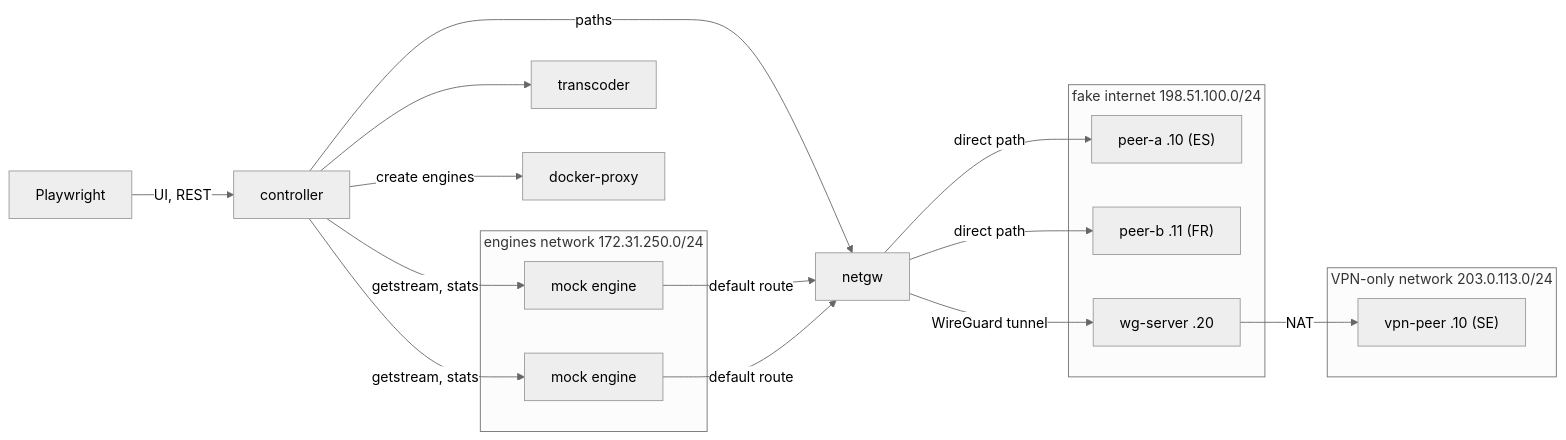
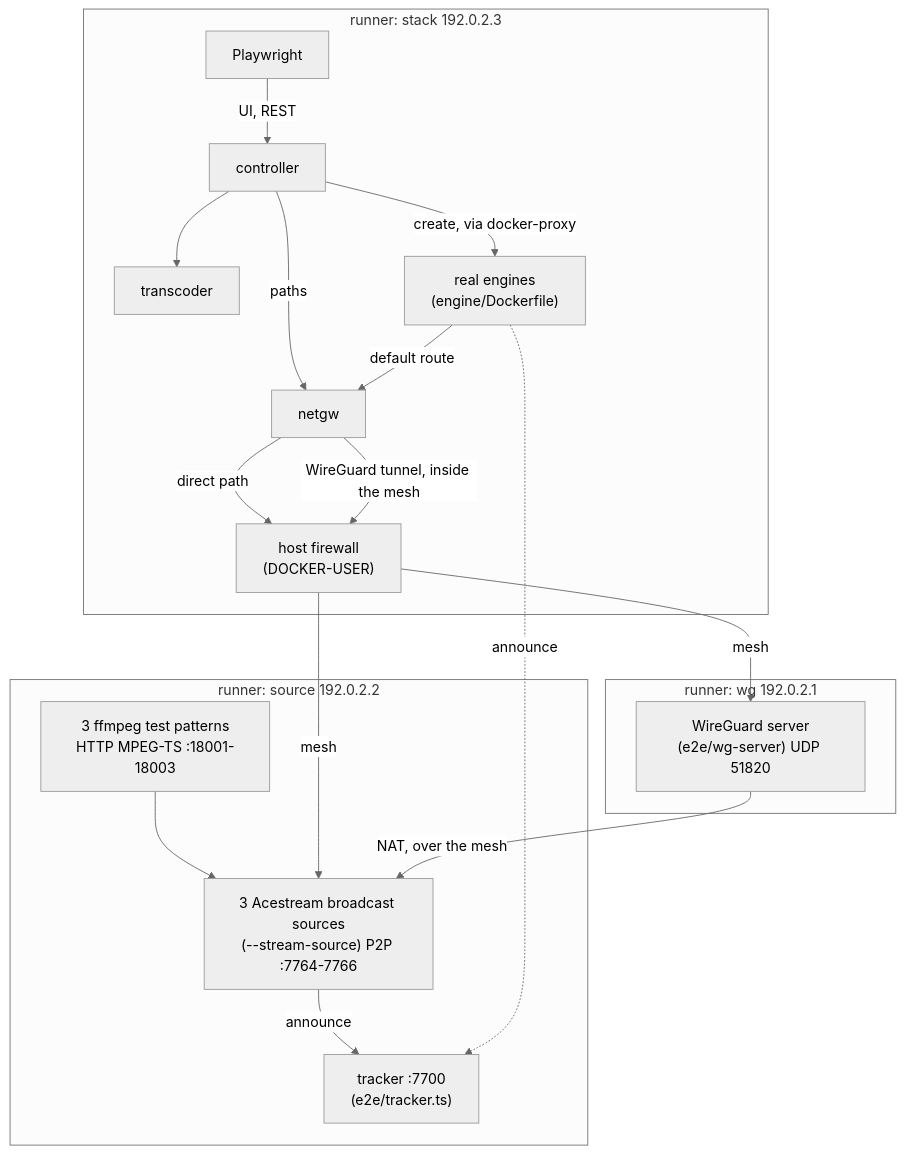
The first of 10 diagrams in e2e/README.md (sergimn/AceSwarm), drawn with Mermaid (neutral theme) before and after one commit. The commit also changed other lines of this file and 3 other files, not shown here.

First line of the commit message:
Describe the real-engine E2E suite in the docs

````diff
--- a/e2e/README.md
+++ b/e2e/README.md
@@ -18,24 +15,24 @@
 ```mermaid
-flowchart LR
-  PW[Playwright] -- UI, REST --> C[controller]
-  C --> T[transcoder]
-  C -- create engines --> P[docker-proxy]
-  C -- paths --> G[netgw]
-  subgraph engines["engines network 172.31.250.0/24"]
-    E1[mock engine]
-    E2[mock engine]
+flowchart TB
+  subgraph stack["runner: stack 192.0.2.3"]
+    PW[Playwright] -- UI, REST --> C[controller]
+    C --> T[transcoder]
+    C -- paths --> G[netgw]
+    C -- "create, via docker-proxy" --> E["real engines<br/>(engine/Dockerfile)"]
+    E -- default route --> G
+    FW["host firewall<br/>(DOCKER-USER)"]
   end
-  C -- getstream, stats --> E1 & E2
-  E1 & E2 -- default route --> G
-  subgraph egress["fake internet 198.51.100.0/24"]
-    PA["peer-a .10 (ES)"]
-    PB["peer-b .11 (FR)"]
-    WG[wg-server .20]
+  subgraph wg["runner: wg 192.0.2.1"]
+    V["WireGuard server<br/>(e2e/wg-server) UDP 51820"]
   end
-  subgraph vpn["VPN-only network 203.0.113.0/24"]
-    VP["vpn-peer .10 (SE)"]
+  subgraph source["runner: source 192.0.2.2"]
+    F["3 ffmpeg test patterns<br/>HTTP MPEG-TS :18001-18003"] --> S["3 Acestream broadcast sources<br/>(--stream-source) P2P :7764-7766"]
+    S -- announce --> K["tracker :7700<br/>(e2e/tracker.ts)"]
   end
-  G -- direct path --> PA & PB
-  G -- WireGuard tunnel --> WG
-  WG -- NAT --> VP
+  G -- "direct path" --> FW
+  FW -- "mesh" --> S
+  G -- "WireGuard tunnel, inside the mesh" --> FW
+  FW -- "mesh" --> V
+  V -- "NAT, over the mesh" --> S
+  E -. announce .-> K
 ```
````
